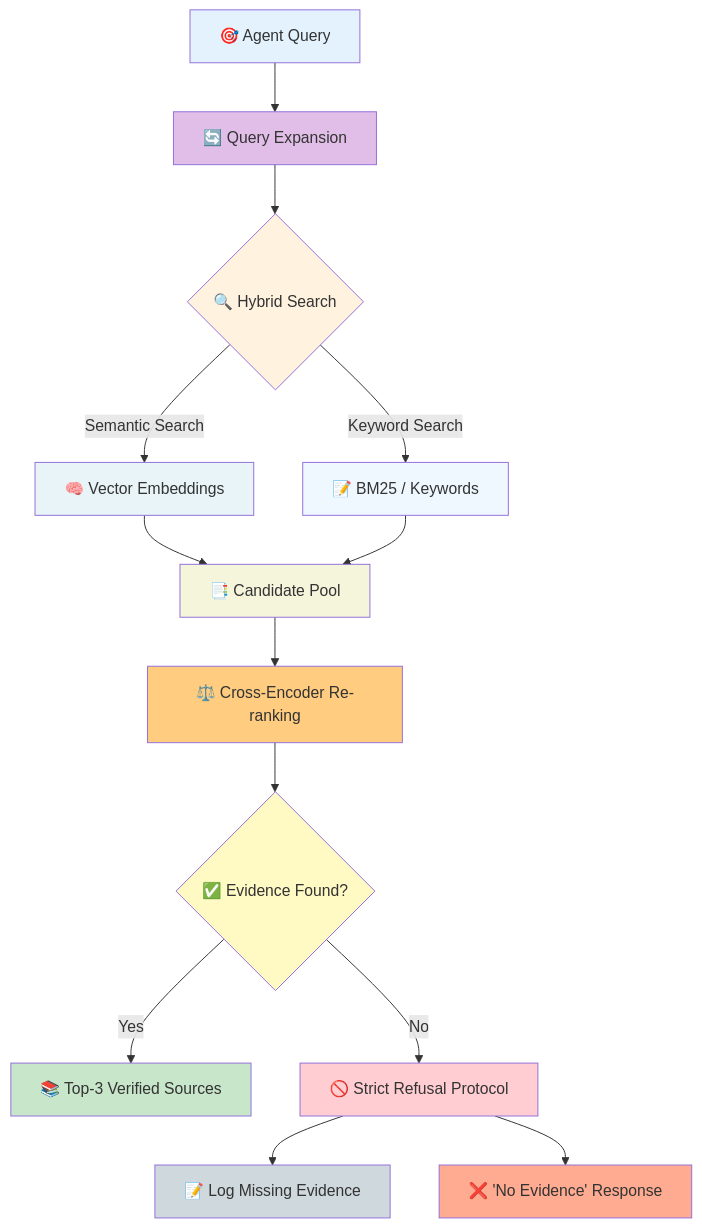
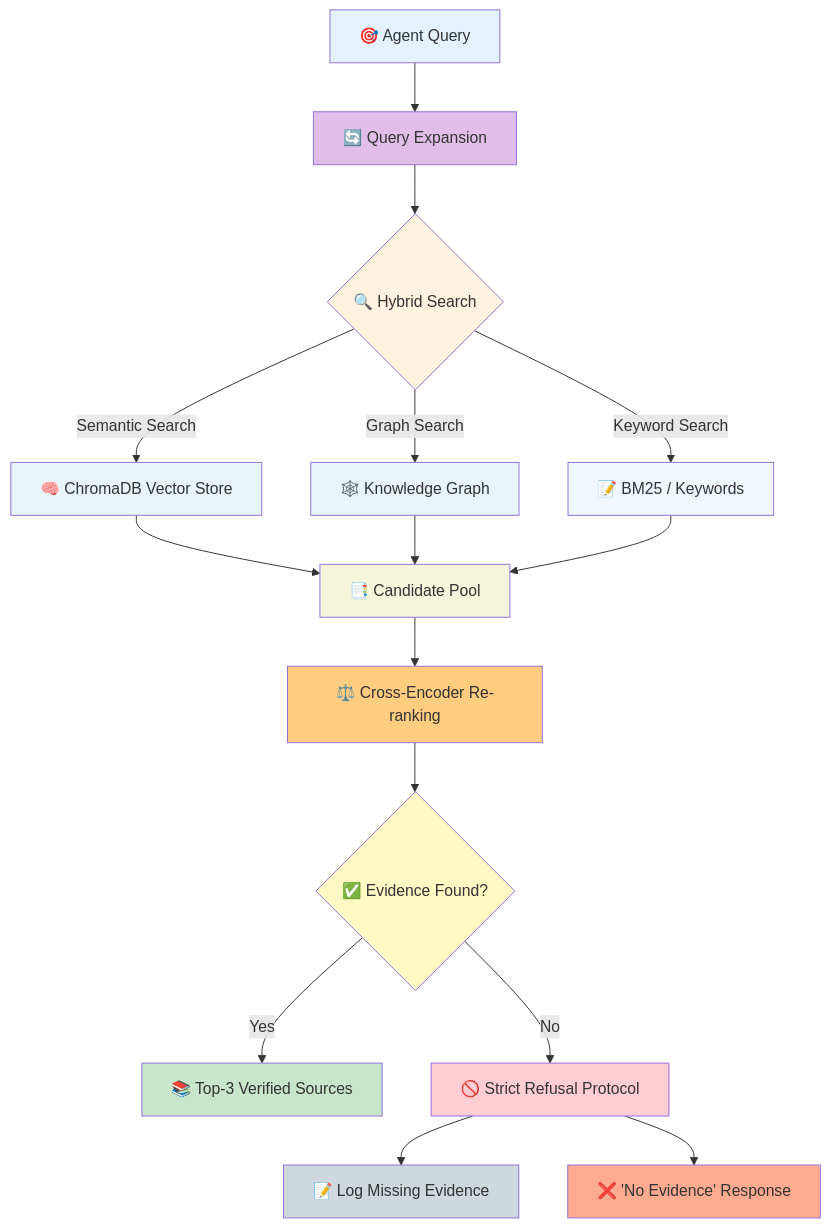
One commit to somesh-ghaturle/Fair-Agent changed the fifth of 10 diagrams in README.md. Above: the diagram before and after it, drawn with Mermaid. The commit also changed other lines of this file and 28 other files, not shown here.

````diff
--- a/README.md
+++ b/README.md
@@ -239,33 +244,36 @@
 ```mermaid
 flowchart TD
     A[🎯 Agent Query] --> B[🔄 Query Expansion]
     B --> C{🔍 Hybrid Search}
     
-    C -->|Semantic Search| D[🧠 Vector Embeddings]
+    C -->|Semantic Search| D[🧠 ChromaDB Vector Store]
+    C -->|Graph Search| K[🕸️ Knowledge Graph]
     C -->|Keyword Search| E[📝 BM25 / Keywords]
     
     D --> F[📑 Candidate Pool]
+    K --> F
     E --> F
     
     F --> G[⚖️ Cross-Encoder Re-ranking]
     G --> H{✅ Evidence Found?}
     
     H -->|Yes| I[📚 Top-3 Verified Sources]
     H -->|No| J[🚫 Strict Refusal Protocol]
     
-    J --> K[📝 Log Missing Evidence]
+    J --> K_Log[📝 Log Missing Evidence]
     J --> L[❌ 'No Evidence' Response]
     
     style A fill:#e3f2fd
     style B fill:#e1bee7
     style C fill:#fff3e0
     style D fill:#e8f4f8
+    style K fill:#e8f4f8
     style E fill:#f0f8ff
     style F fill:#f5f5dc
     style G fill:#ffcc80
     style H fill:#fff9c4
     style I fill:#c8e6c9
     style J fill:#ffcdd2
-    style K fill:#cfd8dc
+    style K_Log fill:#cfd8dc
     style L fill:#ffab91
 ```
````
